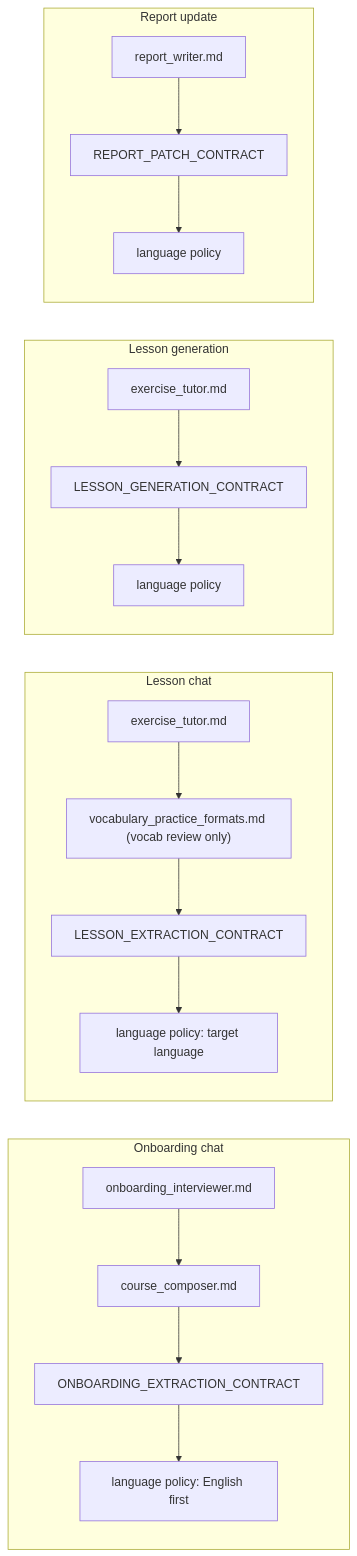
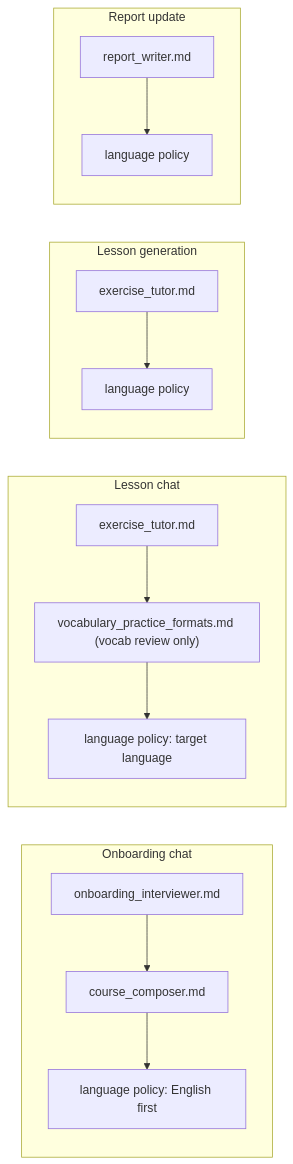
Before and after one commit to paulpolz/lingua-coach: the diagram in docs/tech_requirements/ai-api.md, drawn with Mermaid. The commit also changed other lines of this file and 26 other files, not shown here.

````diff
--- a/docs/tech_requirements/ai-api.md
+++ b/docs/tech_requirements/ai-api.md
@@ -27,15 +31,15 @@
 ```mermaid
 flowchart LR
   subgraph onboarding [Onboarding chat]
-    o1[onboarding_interviewer.md] --> o2[course_composer.md] --> o3[ONBOARDING_EXTRACTION_CONTRACT] --> o4[language policy: English first]
+    o1[onboarding_interviewer.md] --> o2[course_composer.md] --> o4[language policy: English first]
   end
   subgraph lesson [Lesson chat]
-    l1[exercise_tutor.md] --> l2["vocabulary_practice_formats.md (vocab review only)"] --> l3[LESSON_EXTRACTION_CONTRACT] --> l4[language policy: target language]
+    l1[exercise_tutor.md] --> l2["vocabulary_practice_formats.md (vocab review only)"] --> l4[language policy: target language]
   end
   subgraph gen [Lesson generation]
-    g1[exercise_tutor.md] --> g2[LESSON_GENERATION_CONTRACT] --> g3[language policy]
+    g1[exercise_tutor.md] --> g3[language policy]
   end
   subgraph rep [Report update]
-    r1[report_writer.md] --> r2[REPORT_PATCH_CONTRACT] --> r3[language policy]
+    r1[report_writer.md] --> r3[language policy]
   end
 ```
````
